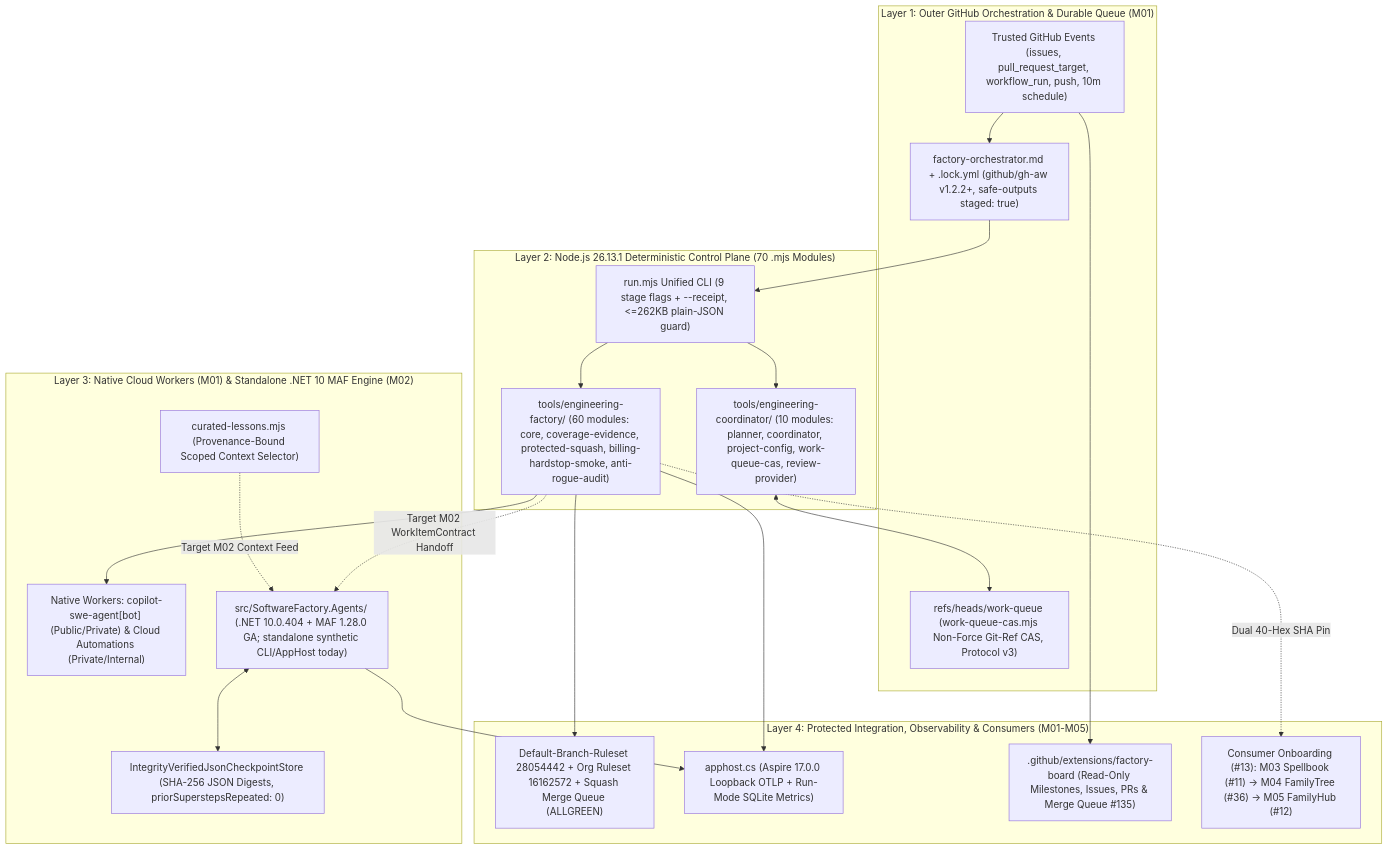
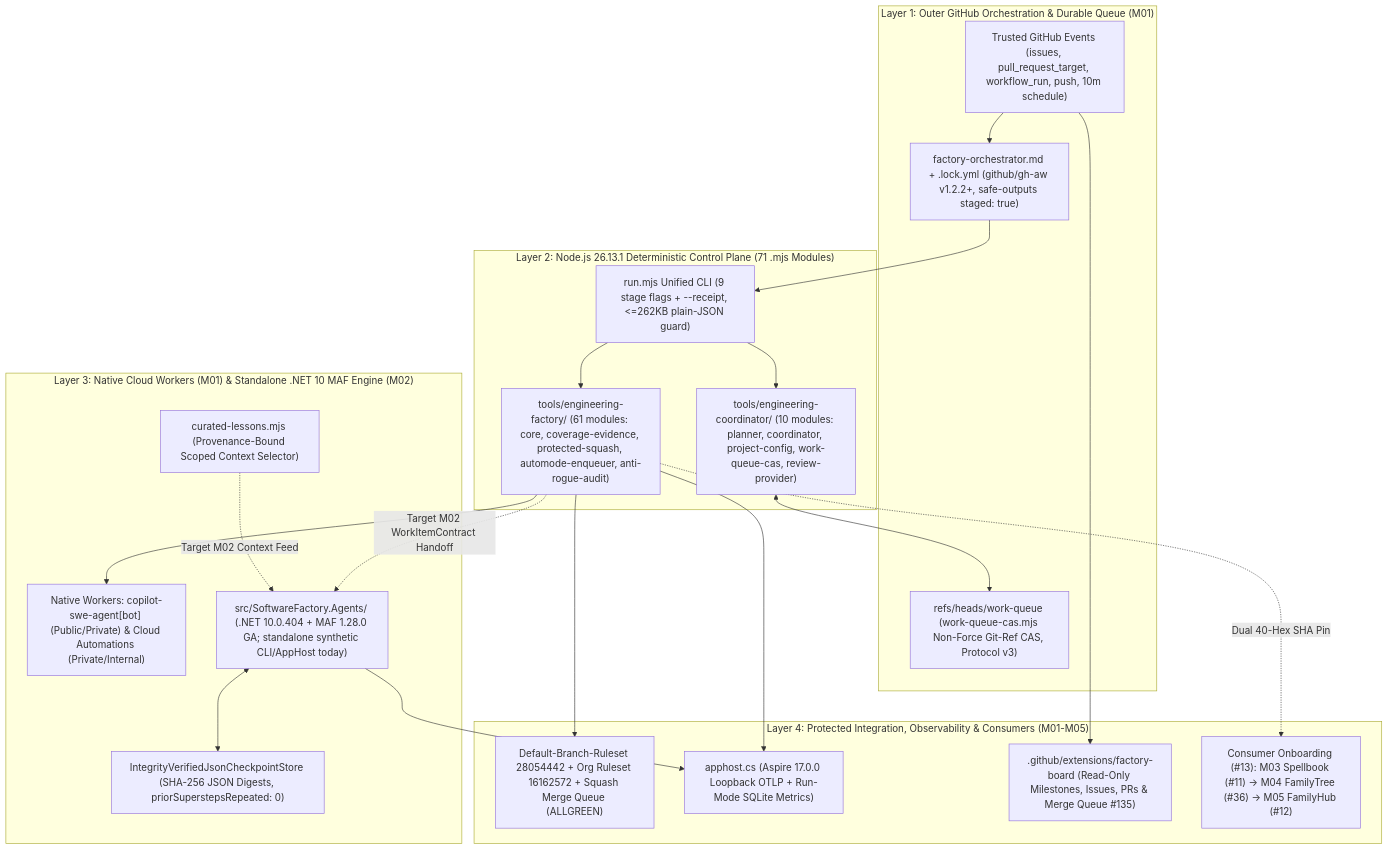
The first of 3 diagrams in docs/ARCHITECTURE.md (Jamula/SoftwareFactory), drawn with Mermaid before and after one commit. The commit also changed other lines of this file and 11 other files, not shown here.

First line of the commit message:
docs: resolve summary review items and document factory-automode-enqueue

````diff
--- a/docs/ARCHITECTURE.md
+++ b/docs/ARCHITECTURE.md
@@ -17,40 +17,40 @@
 ```mermaid
 flowchart TB
   subgraph L1["Layer 1: Outer GitHub Orchestration & Durable Queue (M01)"]
     EV["Trusted GitHub Events (issues, pull_request_target, workflow_run, push, 10m schedule)"]
     LOCK["factory-orchestrator.md + .lock.yml (github/gh-aw v1.2.2+, safe-outputs staged: true)"]
     WQ["refs/heads/work-queue (work-queue-cas.mjs Non-Force Git-Ref CAS, Protocol v3)"]
   end
 
-  subgraph L2["Layer 2: Node.js 26.13.1 Deterministic Control Plane (70 .mjs Modules)"]
+  subgraph L2["Layer 2: Node.js 26.13.1 Deterministic Control Plane (71 .mjs Modules)"]
     COORD["tools/engineering-coordinator/ (10 modules: planner, coordinator, project-config, work-queue-cas, review-provider)"]
-    FACT["tools/engineering-factory/ (60 modules: core, coverage-evidence, protected-squash, billing-hardstop-smoke, anti-rogue-audit)"]
+    FACT["tools/engineering-factory/ (61 modules: core, coverage-evidence, protected-squash, automode-enqueuer, anti-rogue-audit)"]
     CLI["run.mjs Unified CLI (9 stage flags + --receipt, <=262KB plain-JSON guard)"]
   end
 
   subgraph L3["Layer 3: Native Cloud Workers (M01) & Standalone .NET 10 MAF Engine (M02)"]
     CLOUD["Native Workers: copilot-swe-agent[bot] (Public/Private) & Cloud Automations (Private/Internal)"]
     DOTNET["src/SoftwareFactory.Agents/ (.NET 10.0.404 + MAF 1.28.0 GA; standalone synthetic CLI/AppHost today)"]
     CP["IntegrityVerifiedJsonCheckpointStore (SHA-256 JSON Digests, priorSuperstepsRepeated: 0)"]
     MEM["curated-lessons.mjs (Provenance-Bound Scoped Context Selector)"]
   end
 
   subgraph L4["Layer 4: Protected Integration, Observability & Consumers (M01-M05)"]
     RULES["Default-Branch-Ruleset 28054442 + Org Ruleset 16162572 + Squash Merge Queue (ALLGREEN)"]
     ASPIRE["apphost.cs (Aspire 17.0.0 Loopback OTLP + Run-Mode SQLite Metrics)"]
     BOARD[".github/extensions/factory-board (Read-Only Milestones, Issues, PRs & Merge Queue #135)"]
     CONS["Consumer Onboarding (#13): M03 Spellbook (#11) -> M04 FamilyTree (#36) -> M05 FamilyHub (#12)"]
   end
 
   EV --> LOCK --> CLI
   CLI --> COORD & FACT
   COORD <--> WQ
   FACT --> CLOUD
   MEM -. "Target M02 Context Feed" .-> DOTNET
   FACT -. "Target M02 WorkItemContract Handoff" .-> DOTNET
   DOTNET <--> CP
   FACT --> RULES
   FACT & DOTNET --> ASPIRE
   EV --> BOARD
   FACT -. "Dual 40-Hex SHA Pin" .-> CONS
 ```
````
